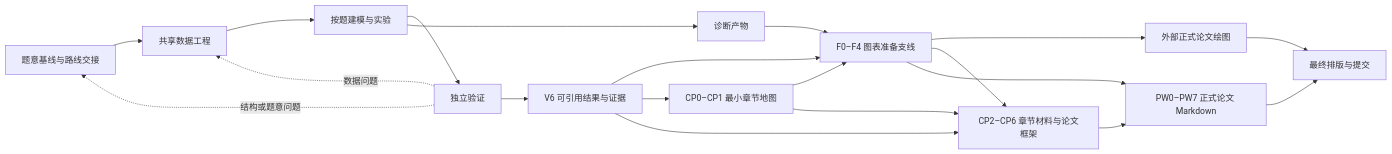
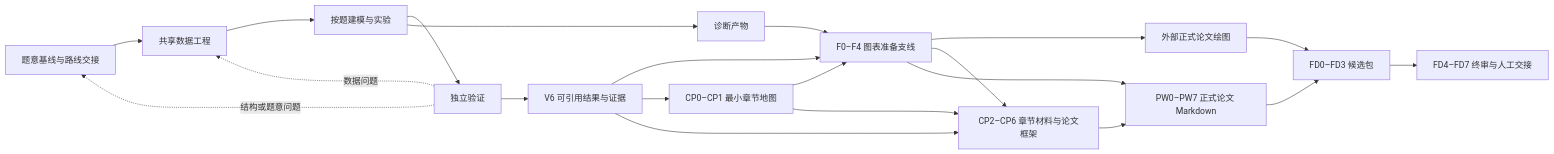
The diagram in Workflow/back-half-top-level-design.md (gdl1605/mcm-harness), drawn with Mermaid before and after one commit. The commit also changed other lines of this file and 38 other files, not shown here.

````diff
--- a/Workflow/back-half-top-level-design.md
+++ b/Workflow/back-half-top-level-design.md
@@ -125,22 +129,23 @@
 ```mermaid
 flowchart LR
     A["题意基线与路线交接"] --> B["共享数据工程"]
     B --> C["按题建模与实验"]
     C --> D["独立验证"]
     C --> E["诊断产物"]
     D --> F["V6 可引用结果与证据"]
     E --> G["F0–F4 图表准备支线"]
     F --> G
     F --> H1["CP0–CP1 最小章节地图"]
     F --> H2["CP2–CP6 章节材料与论文框架"]
     G --> I["外部正式论文绘图"]
     H1 --> G
     H1 --> H2
     G --> H2
     H2 --> J["PW0–PW7 正式论文 Markdown"]
     G --> J
-    I --> K["最终排版与提交"]
+    I --> K["FD0–FD3 候选包"]
     J --> K
+    K --> L["FD4–FD7 终审与人工交接"]
     D -. "数据问题" .-> B
     D -. "结构或题意问题" .-> A
 ```
````
